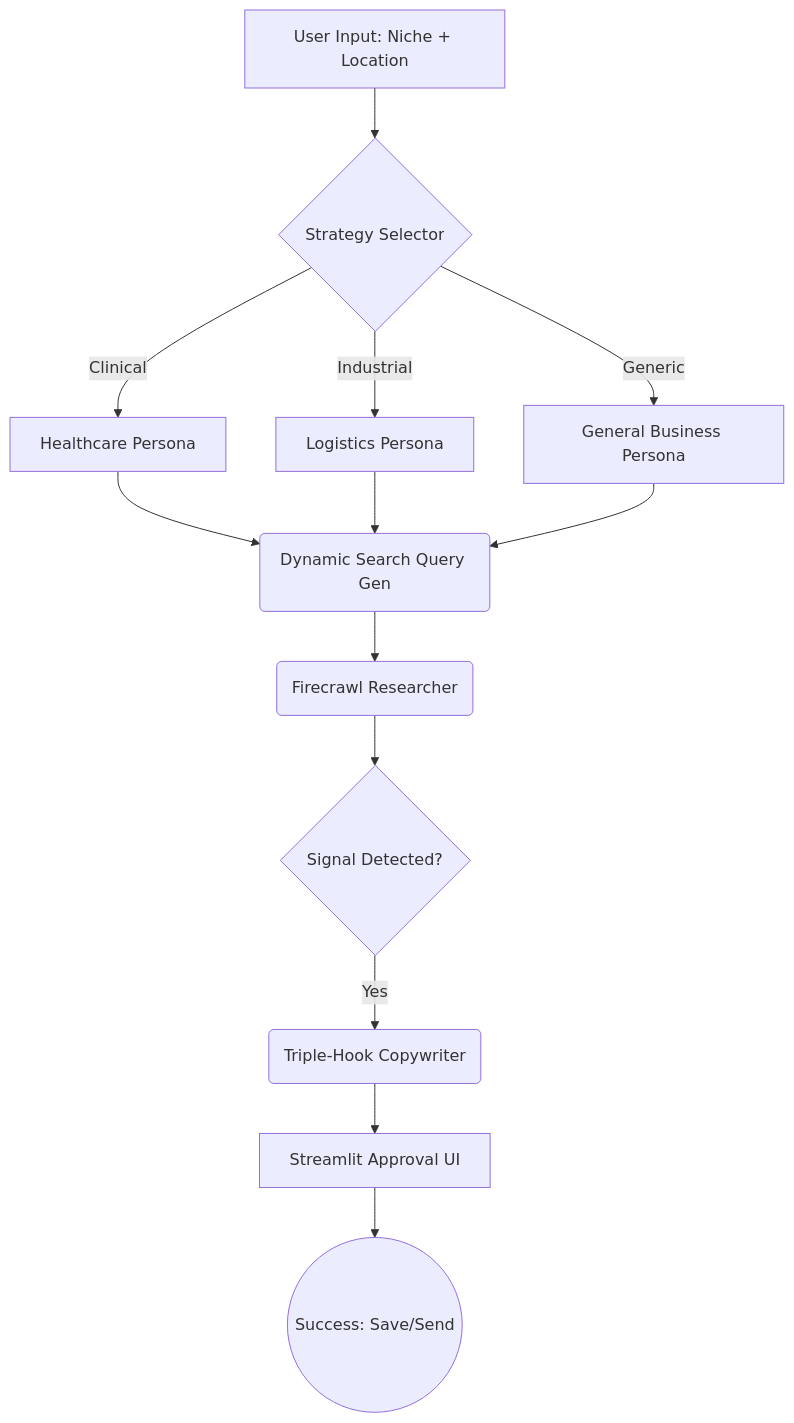
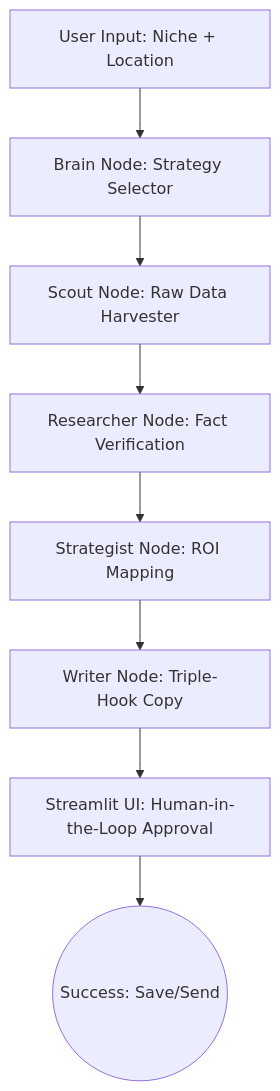
Before and after one commit to shirinlakhani/sales-outreach-agent: the diagram in README.md, drawn with Mermaid. The commit also changed other lines of this file, not shown here.

First line of the commit message:
docs: update README with multi-agent DAG architecture

````diff
--- a/README.md
+++ b/README.md
@@ -9,13 +19,10 @@
 ```mermaid
 graph TD
-    A[User Input: Niche + Location] --> B{Strategy Selector}
-    B -->|Clinical| C[Healthcare Persona]
-    B -->|Industrial| D[Logistics Persona]
-    B -->|Generic| E[General Business Persona]
-    C & D & E --> F(Dynamic Search Query Gen)
-    F --> G(Firecrawl Researcher)
-    G --> H{Signal Detected?}
-    H -- Yes --> I(Triple-Hook Copywriter)
-    I --> J[Streamlit Approval UI]
-    J --> K((Success: Save/Send))
+    A[User Input: Niche + Location] --> B[Brain Node: Strategy Selector]
+    B --> C[Scout Node: Raw Data Harvester]
+    C --> D[Researcher Node: Fact Verification]
+    D --> E[Strategist Node: ROI Mapping]
+    E --> F[Writer Node: Triple-Hook Copy]
+    F --> G[Streamlit UI: Human-in-the-Loop Approval]
+    G --> H((Success: Save/Send))
 ```
````
